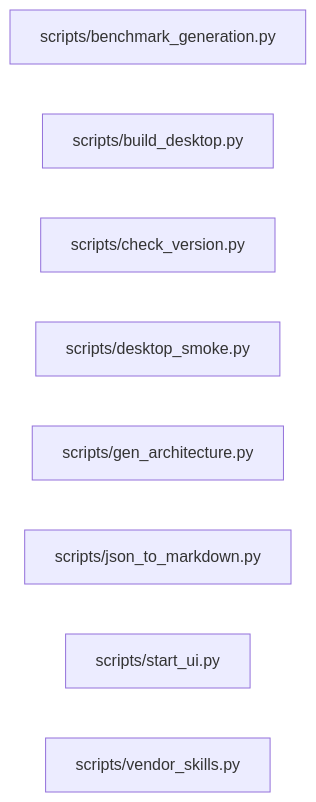
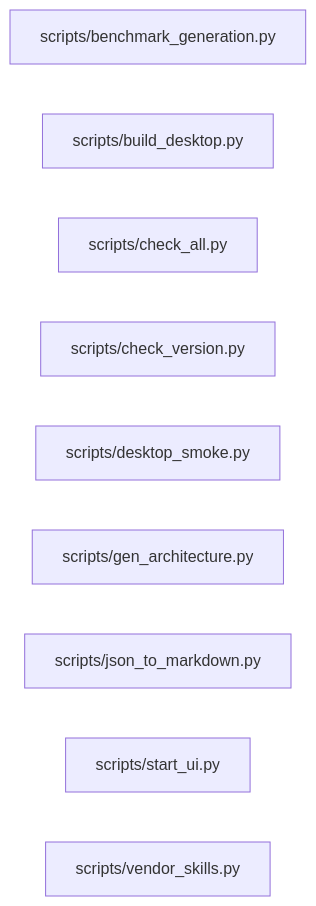
One commit to sarveshtalele/maf-harness-testing changed diagram 16 of 21 in docs/ARCHITECTURE_MAP.md. Above: the diagram before and after it, drawn with Mermaid. The commit also changed other lines of this file and 16 other files, not shown here.

````diff
--- a/docs/ARCHITECTURE_MAP.md
+++ b/docs/ARCHITECTURE_MAP.md
@@ -440,11 +440,12 @@
 ```mermaid
 flowchart LR
   f0["scripts/benchmark_generation.py"]
   f1["scripts/build_desktop.py"]
-  f2["scripts/check_version.py"]
-  f3["scripts/desktop_smoke.py"]
-  f4["scripts/gen_architecture.py"]
-  f5["scripts/json_to_markdown.py"]
-  f6["scripts/start_ui.py"]
-  f7["scripts/vendor_skills.py"]
+  f2["scripts/check_all.py"]
+  f3["scripts/check_version.py"]
+  f4["scripts/desktop_smoke.py"]
+  f5["scripts/gen_architecture.py"]
+  f6["scripts/json_to_markdown.py"]
+  f7["scripts/start_ui.py"]
+  f8["scripts/vendor_skills.py"]
 ```
````
